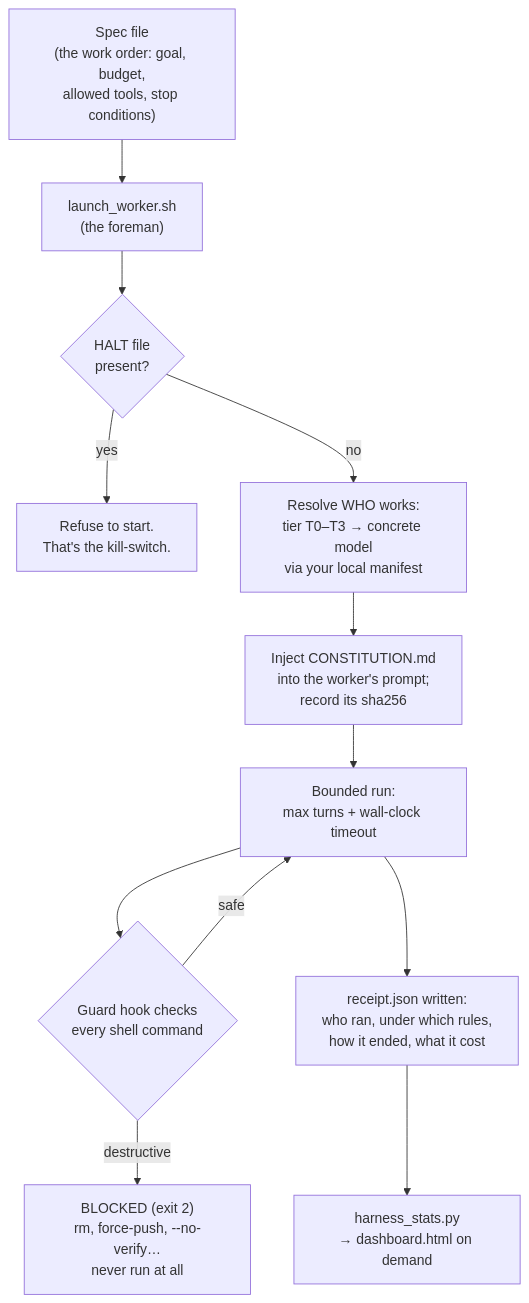
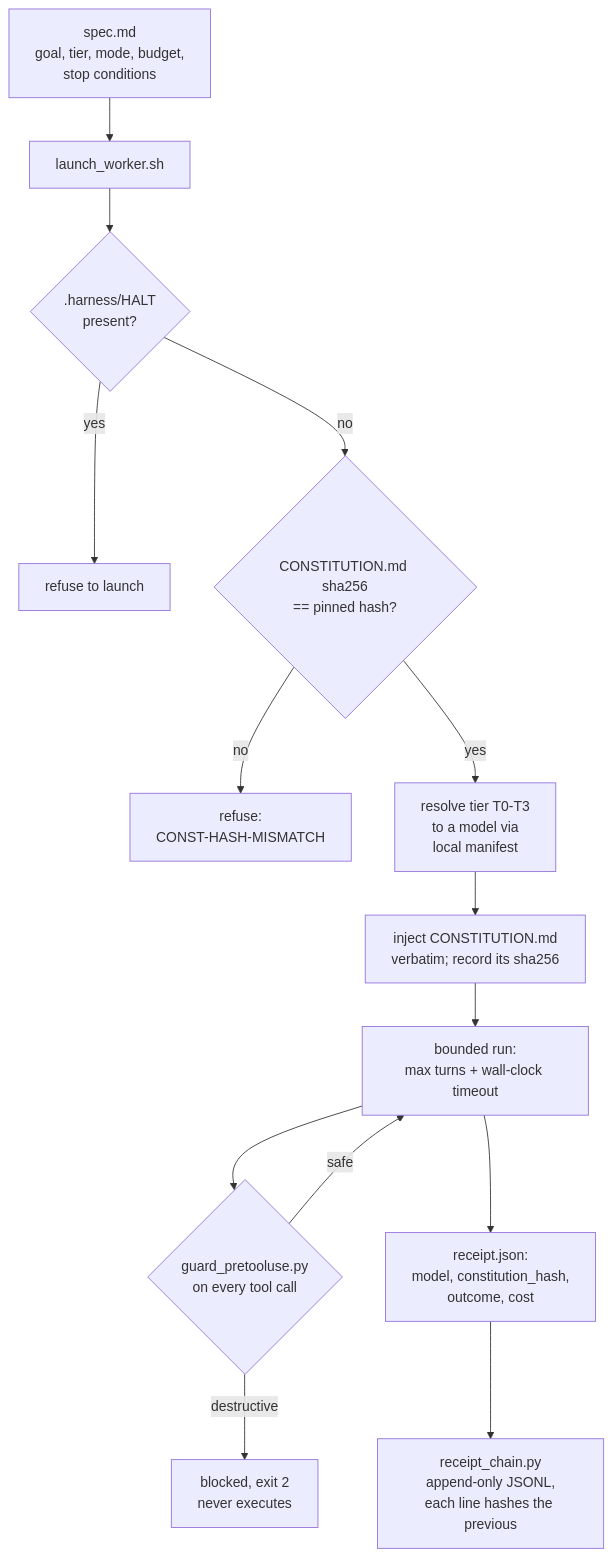
The second of 3 diagrams in README.md (pietro-falco/harness-pack), drawn with Mermaid before and after one commit. The commit also changed other lines of this file and 1 other file, not shown here.

Commit message:
docs(readme): portfolio-standard rewrite + llms.txt — claim-to-fixture map, HALT flow, mermaid validated via mmdc

````diff
--- a/README.md
+++ b/README.md
@@ -40,14 +44,16 @@
 ```mermaid
 flowchart TD
-    S["Spec file<br/>(the work order: goal, budget,<br/>allowed tools, stop conditions)"] --> L["launch_worker.sh<br/>(the foreman)"]
-    L --> H{"HALT file<br/>present?"}
-    H -->|yes| X["Refuse to start.<br/>That's the kill-switch."]
-    H -->|no| T["Resolve WHO works:<br/>tier T0–T3 → concrete model<br/>via your local manifest"]
-    T --> C2["Inject CONSTITUTION.md<br/>into the worker's prompt;<br/>record its sha256"]
-    C2 --> R["Bounded run:<br/>max turns + wall-clock timeout"]
-    R --> G{"Guard hook checks<br/>every shell command"}
-    G -->|destructive| B2["BLOCKED (exit 2)<br/>rm, force-push, --no-verify…<br/>never run at all"]
+    S["spec.md<br/>goal, tier, mode, budget,<br/>stop conditions"] --> L["launch_worker.sh"]
+    L --> H{".harness/HALT<br/>present?"}
+    H -->|yes| X["refuse to launch"]
+    H -->|no| P{"CONSTITUTION.md sha256<br/>== pinned hash?"}
+    P -->|no| PX["refuse:<br/>CONST-HASH-MISMATCH"]
+    P -->|yes| T["resolve tier T0-T3<br/>to a model via<br/>local manifest"]
+    T --> C2["inject CONSTITUTION.md<br/>verbatim; record its sha256"]
+    C2 --> R["bounded run:<br/>max turns + wall-clock timeout"]
+    R --> G{"guard_pretooluse.py<br/>on every tool call"}
+    G -->|destructive| B2["blocked, exit 2<br/>never executes"]
     G -->|safe| R
-    R --> W["receipt.json written:<br/>who ran, under which rules,<br/>how it ended, what it cost"]
-    W --> ST["harness_stats.py<br/>→ dashboard.html on demand"]
+    R --> W["receipt.json:<br/>model, constitution_hash,<br/>outcome, cost"]
+    W --> RC["receipt_chain.py<br/>append-only JSONL,<br/>each line hashes the previous"]
 ```
````
